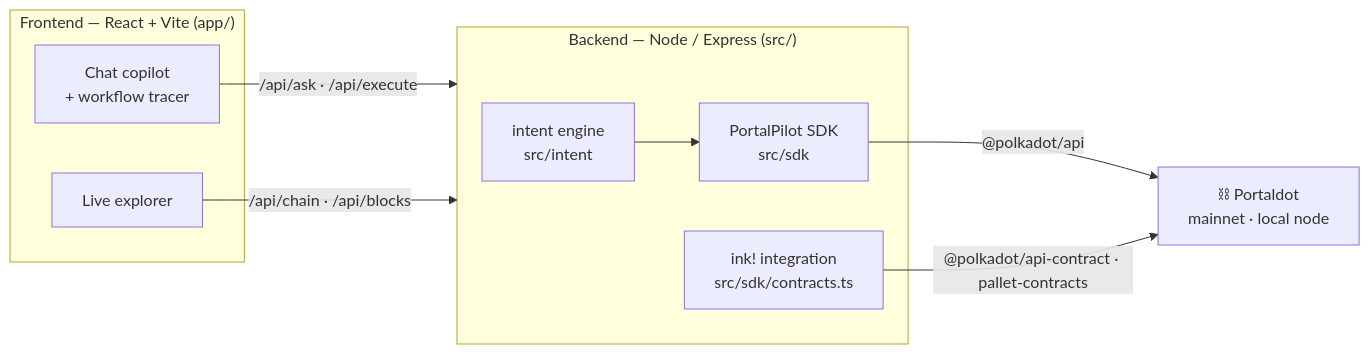
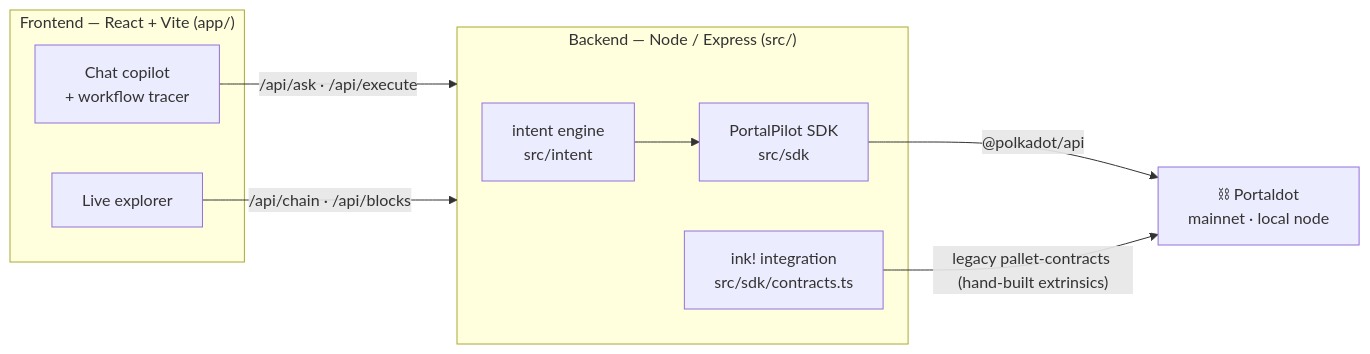
The diagram in README.md (ismailridwans/portaldot-hackathon-2026-portalpilot-aerofyta), drawn with Mermaid before and after one commit. The commit also changed other lines of this file and 3 other files, not shown here.

````diff
--- a/README.md
+++ b/README.md
@@ -51,19 +51,19 @@
 ```mermaid
 flowchart LR
     subgraph FE["Frontend — React + Vite (app/)"]
       Chat["Chat copilot<br/>+ workflow tracer"]
       Exp["Live explorer"]
     end
     subgraph BE["Backend — Node / Express (src/)"]
       Intent["intent engine<br/>src/intent"]
       SDK["PortalPilot SDK<br/>src/sdk"]
       Contracts["ink! integration<br/>src/sdk/contracts.ts"]
     end
     Chain["⛓ Portaldot<br/>mainnet · local node"]
 
     Chat -->|"/api/ask · /api/execute"| BE
     Exp  -->|"/api/chain · /api/blocks"| BE
     Intent --> SDK
     SDK -->|"@polkadot/api"| Chain
-    Contracts -->|"@polkadot/api-contract · pallet-contracts"| Chain
+    Contracts -->|"legacy pallet-contracts (hand-built extrinsics)"| Chain
 ```
````
